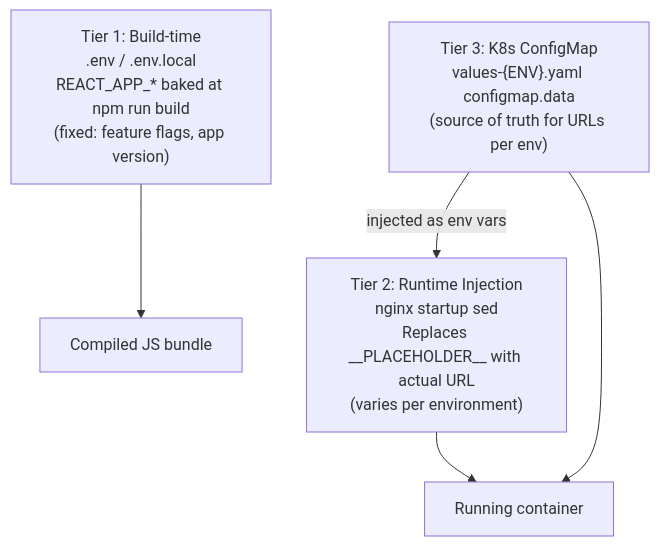
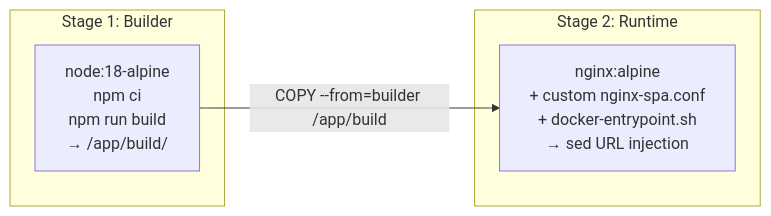
The first of 8 diagrams in LIS/ECP/Micro-Frontend-Backend Architecture/04 - Infrastructure and Deployment.md (DragonChong/HA-Notes), drawn with Mermaid before and after one commit. The commit also changed other lines of this file and 2 other files, not shown here.

````diff
--- a/LIS/ECP/Micro-Frontend-Backend Architecture/04 - Infrastructure and Deployment.md
+++ b/LIS/ECP/Micro-Frontend-Backend Architecture/04 - Infrastructure and Deployment.md
@@ -44,11 +31,10 @@
 ```mermaid
-flowchart TD
-    A["Tier 1: Build-time\n.env / .env.local\nREACT_APP_* baked at npm run build\n(fixed: feature flags, app version)"]
-    B["Tier 2: Runtime Injection\nnginx startup sed\nReplaces __PLACEHOLDER__ with actual URL\n(varies per environment)"]
-    C["Tier 3: K8s ConfigMap\nvalues-{ENV}.yaml configmap.data\n(source of truth for URLs per env)"]
-
-    C -->|"injected as env vars"| B
-    A --> Build["Compiled JS bundle"]
-    B --> Deploy["Running container"]
-    C --> Deploy
+graph LR
+    subgraph "Stage 1: Builder"
+        N["node:18-alpine\nnpm ci\nnpm run build\n→ /app/build/"]
+    end
+    subgraph "Stage 2: Runtime"
+        NX["nginx:alpine\n+ custom nginx-spa.conf\n+ docker-entrypoint.sh\n→ sed URL injection"]
+    end
+    N -->|"COPY --from=builder /app/build"| NX
 ```
````
